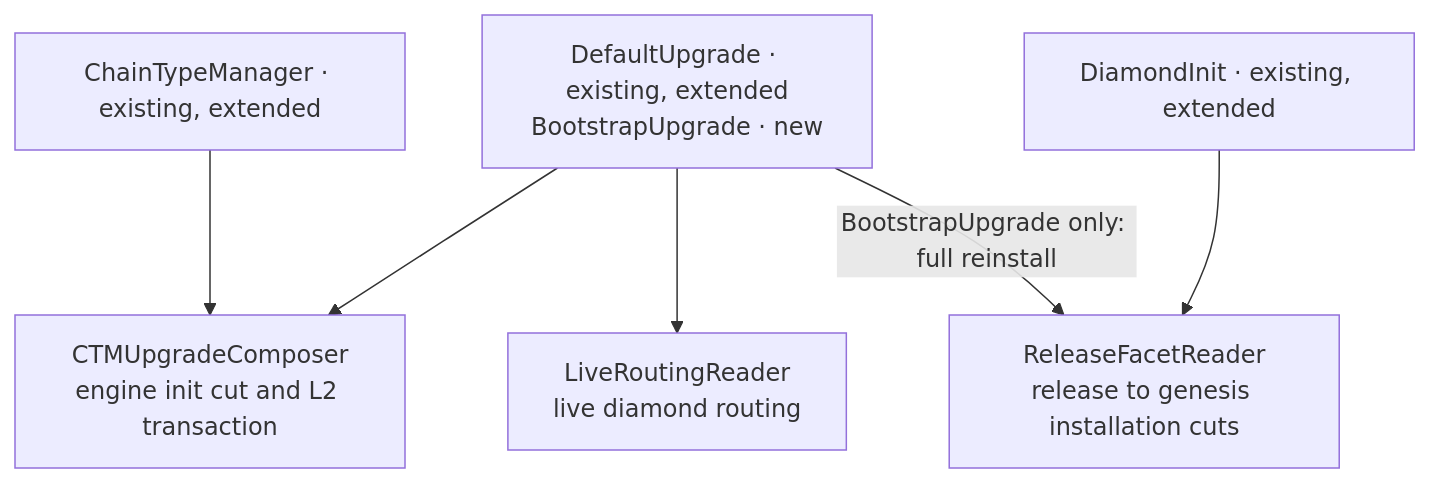
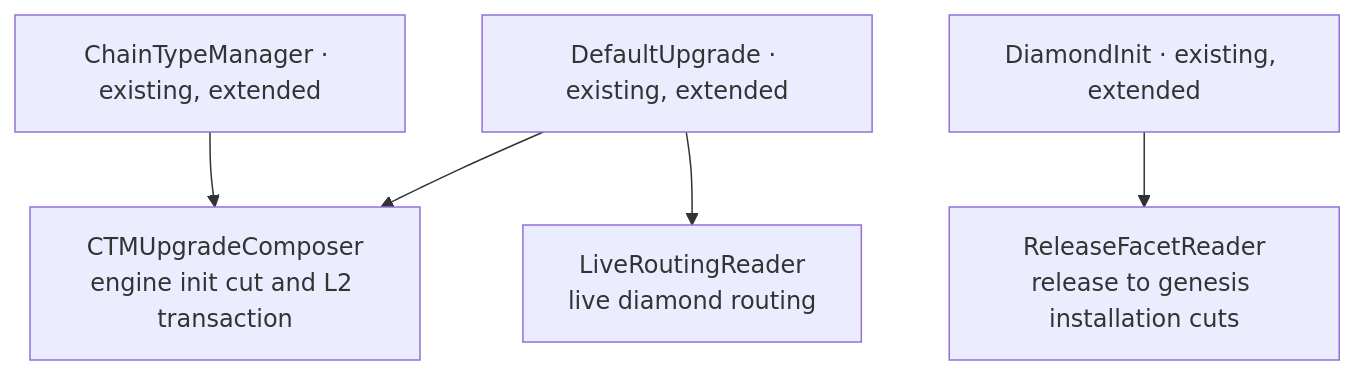
Before and after one commit to matter-labs/era-contracts: the sixth of 9 diagrams in docs/registry-driven-upgrades.md, drawn with Mermaid. The commit also changed other lines of this file and 151 other files, not shown here.

````diff
--- a/docs/registry-driven-upgrades.md
+++ b/docs/registry-driven-upgrades.md
@@ -342,15 +333,14 @@
 ```mermaid
 flowchart TB
     CTM["ChainTypeManager · existing, extended"]
-    ENGINE["DefaultUpgrade · existing, extended<br/>BootstrapUpgrade · new"]
+    ENGINE["DefaultUpgrade · existing, extended"]
     GENESIS["DiamondInit · existing, extended"]
     COMPOSE["CTMUpgradeComposer<br/>engine init cut and L2 transaction"]
     LIVE["LiveRoutingReader<br/>live diamond routing"]
     FACETS["ReleaseFacetReader<br/>release to genesis installation cuts"]
 
     CTM --> COMPOSE
     ENGINE --> COMPOSE
     ENGINE --> LIVE
     GENESIS --> FACETS
-    ENGINE -->|"BootstrapUpgrade only: full reinstall"| FACETS
 ```
````
